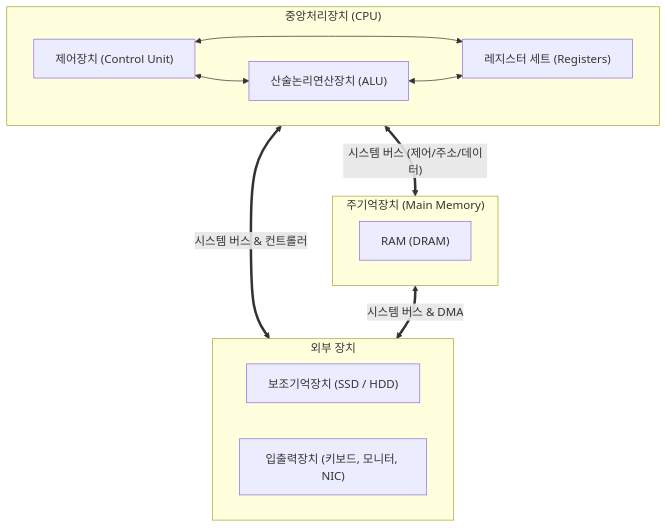
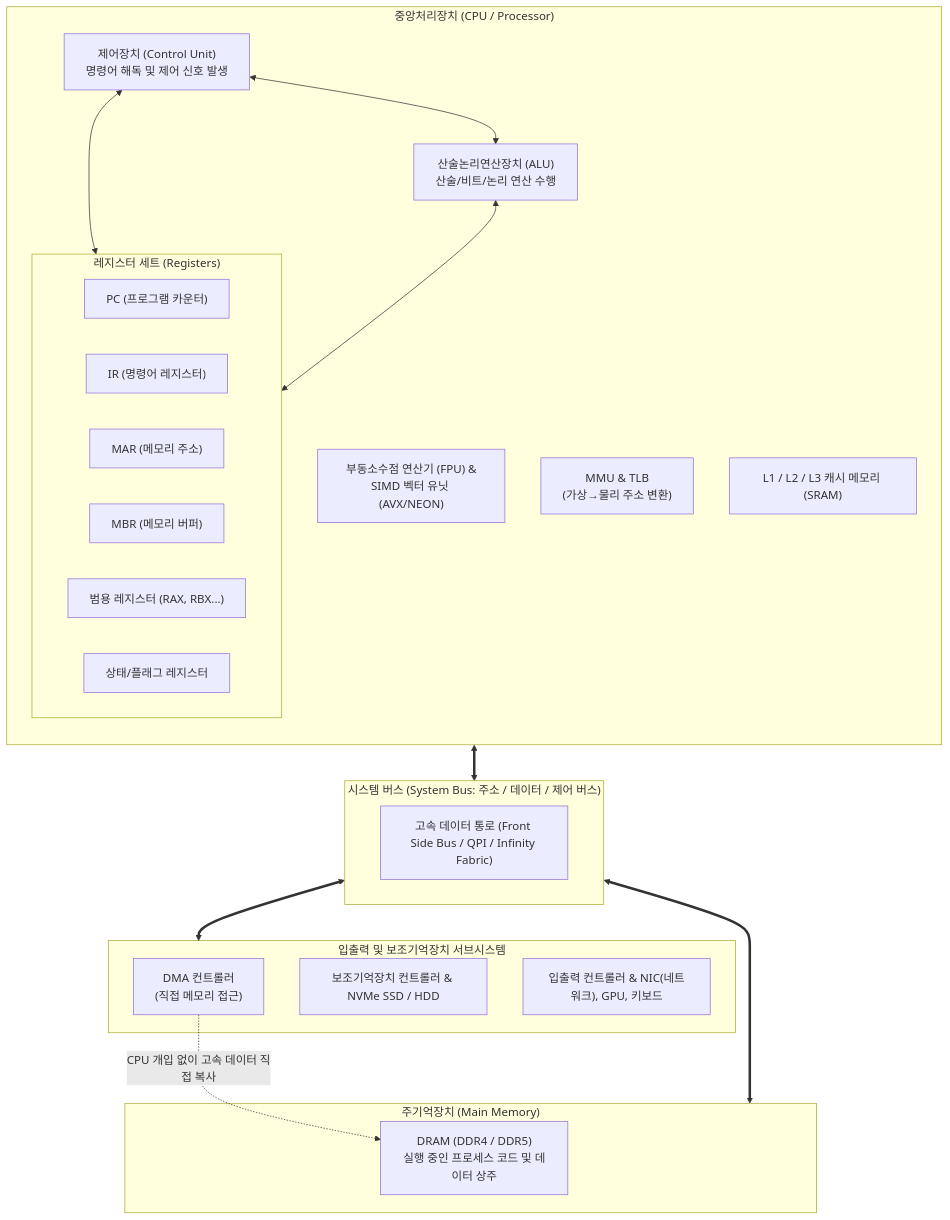
Before and after one commit to keimania/tech-notes: the third of 13 diagrams in 06_컴퓨터_구조와_운영체제.md, drawn with Mermaid. The commit also changed other lines of this file and 12 other files, not shown here.

````diff
--- a/06_컴퓨터_구조와_운영체제.md
+++ b/06_컴퓨터_구조와_운영체제.md
@@ -117,24 +158,43 @@
 ```mermaid
 flowchart TB
-    subgraph CPU ["중앙처리장치 (CPU)"]
-        CU["제어장치 (Control Unit)"]
-        ALU["산술논리연산장치 (ALU)"]
-        REG["레지스터 세트 (Registers)"]
+    subgraph CPU ["중앙처리장치 (CPU / Processor)"]
+        direction TB
+        CU["제어장치 (Control Unit)<br>명령어 해독 및 제어 신호 발생"]
+        ALU["산술논리연산장치 (ALU)<br>산술/비트/논리 연산 수행"]
+        FPU["부동소수점 연산기 (FPU) &<br>SIMD 벡터 유닛 (AVX/NEON)"]
+        subgraph REGS ["레지스터 세트 (Registers)"]
+            PC["PC (프로그램 카운터)"]
+            IR["IR (명령어 레지스터)"]
+            MAR["MAR (메모리 주소)"]
+            MBR["MBR (메모리 버퍼)"]
+            GPR["범용 레지스터 (RAX, RBX...)"]
+            FLAGS["상태/플래그 레지스터"]
+        end
+        MMU["MMU & TLB<br>(가상→물리 주소 변환)"]
+        CACHE["L1 / L2 / L3 캐시 메모리 (SRAM)"]
+        
         CU <--> ALU
-        CU <--> REG
-        ALU <--> REG
+        CU <--> REGS
+        ALU <--> REGS
+    end
+
+    subgraph BUS ["시스템 버스 (System Bus: 주소 / 데이터 / 제어 버스)"]
+        direction LR
+        B_LINE["고속 데이터 통로 (Front Side Bus / QPI / Infinity Fabric)"]
     end
 
     subgraph MEM ["주기억장치 (Main Memory)"]
-        RAM["RAM (DRAM)"]
+        DRAM["DRAM (DDR4 / DDR5)<br>실행 중인 프로세스 코드 및 데이터 상주"]
     end
 
-    subgraph IO_SEC ["외부 장치"]
-        SEC["보조기억장치 (SSD / HDD)"]
-        DEV["입출력장치 (키보드, 모니터, NIC)"]
+    subgraph IO_SYS ["입출력 및 보조기억장치 서브시스템"]
+        DMA["DMA 컨트롤러<br>(직접 메모리 접근)"]
+        STORAGE["보조기억장치 컨트롤러 & NVMe SSD / HDD"]
+        NET_DEV["입출력 컨트롤러 & NIC(네트워크), GPU, 키보드"]
     end
 
-    CPU <== "시스템 버스 (제어/주소/데이터)" ==> MEM
-    CPU <== "시스템 버스 & 컨트롤러" ==> IO_SEC
-    MEM <== "시스템 버스 & DMA" ==> IO_SEC
+    CPU <==> BUS
+    BUS <==> MEM
+    BUS <==> IO_SYS
+    DMA -. "CPU 개입 없이 고속 데이터 직접 복사" .-> DRAM
 ```
````
